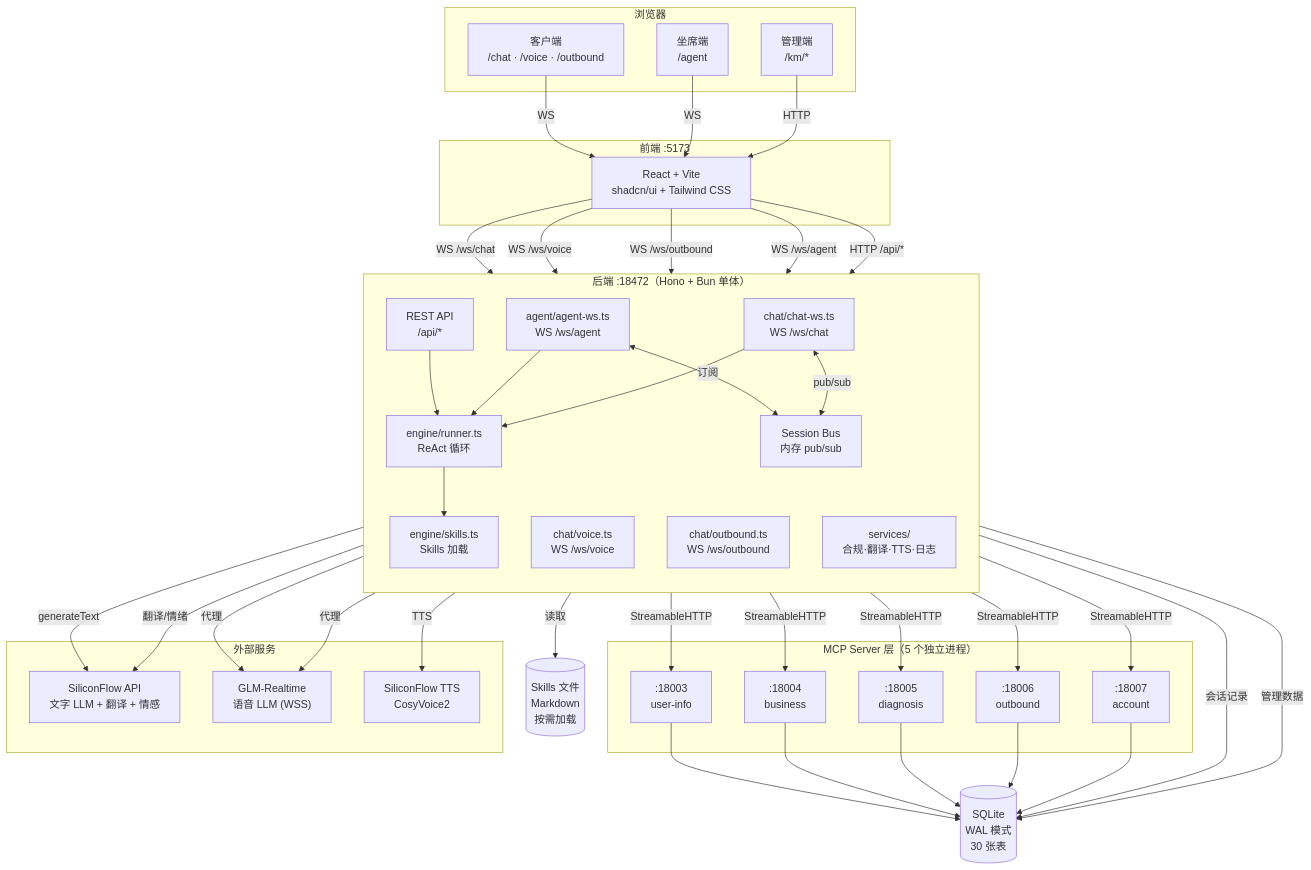
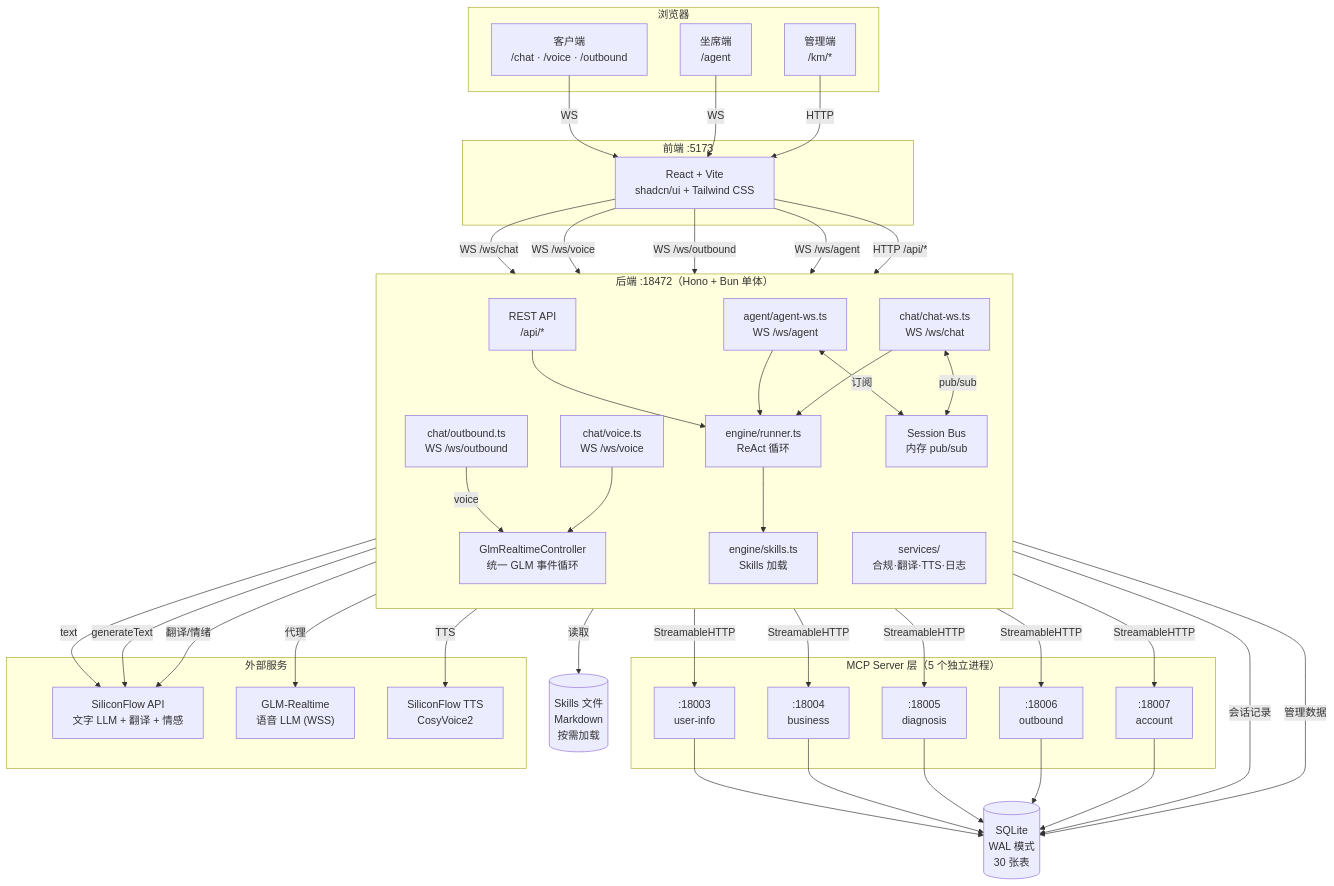
Before and after one commit to cacling/ai-bot: the first of 2 diagrams in .specify/specs/000-baseline/plan.md, drawn with Mermaid. The commit also changed other lines of this file and 2 other files, not shown here.

First line of the commit message:
docs(speckit): update specs for GlmRealtimeController refactoring

```diff
--- a/.specify/specs/000-baseline/plan.md
+++ b/.specify/specs/000-baseline/plan.md
@@ -51,6 +51,7 @@
         ENGINE["engine/runner.ts<br/>ReAct 循环"]
         SKILLS["engine/skills.ts<br/>Skills 加载"]
         SB["Session Bus<br/>内存 pub/sub"]
+        CTRL["GlmRealtimeController<br/>统一 GLM 事件循环"]
         SVC["services/<br/>合规·翻译·TTS·日志"]
     end
 
@@ -81,8 +82,10 @@
     FE -->|"HTTP /api/*"| REST
 
     CHAT --> ENGINE
-    VOICE -->|"代理"| GLM
-    OB -->|"代理"| GLM
+    VOICE --> CTRL
+    OB -->|"voice"| CTRL
+    OB -->|"text"| SF
+    CTRL -->|"代理"| GLM
     AGT --> ENGINE
     REST --> ENGINE
 
```
